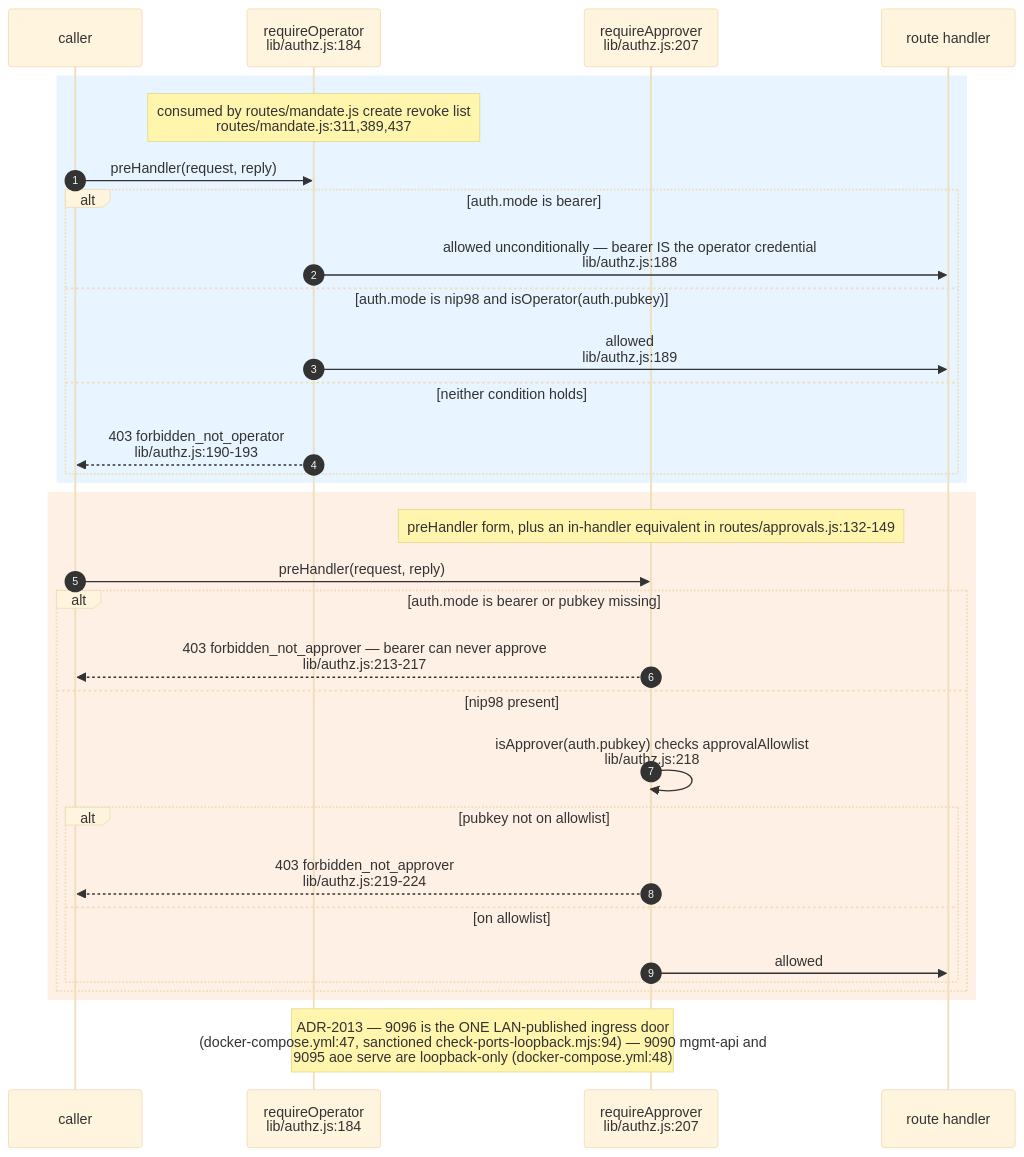
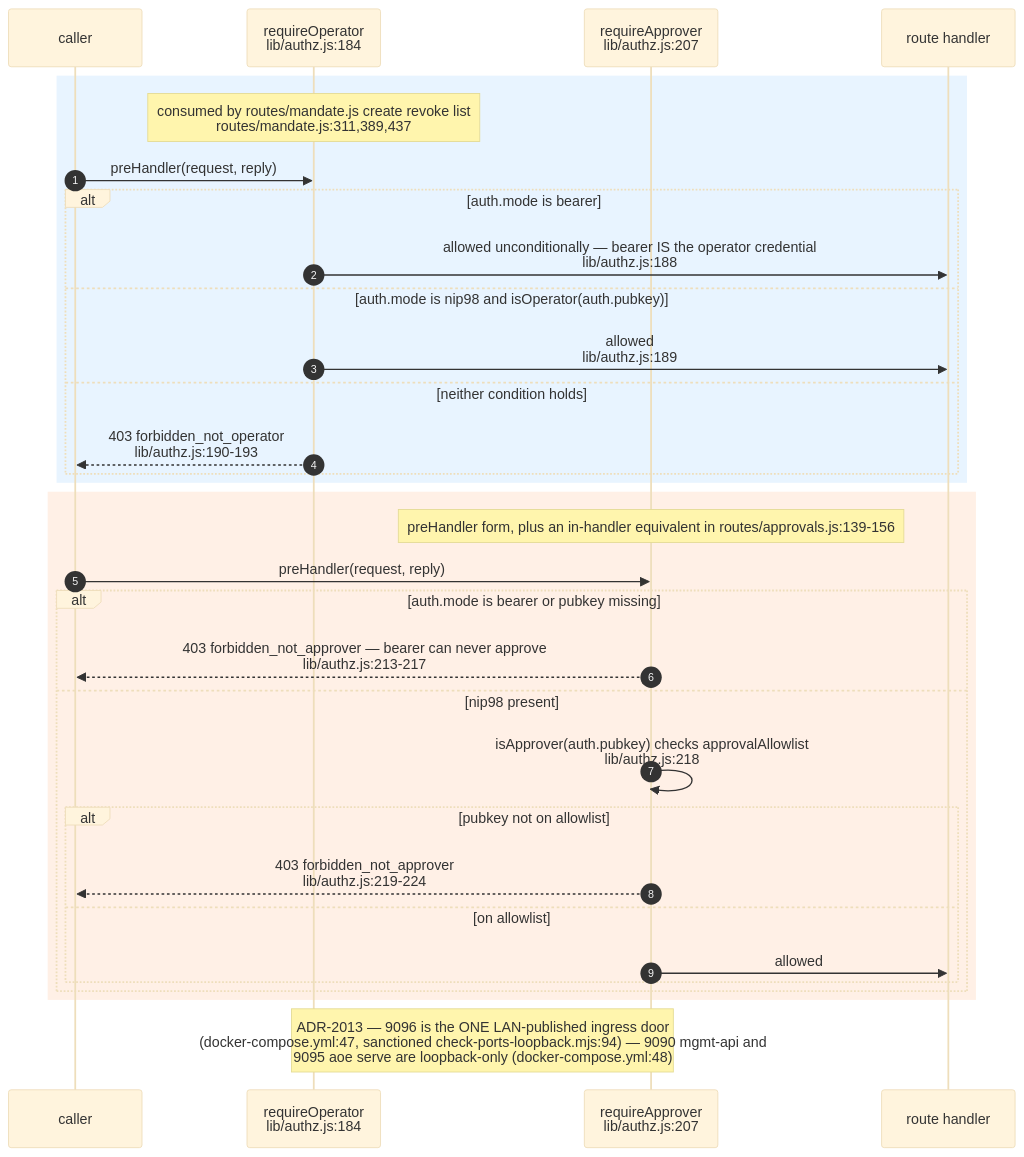
The fifth of 17 diagrams in docs/diagrams/agentbox/03-management-api-request-lifecycle.md (DreamLab-AI/VisionFlow), drawn with Mermaid (base theme) before and after one commit. The commit also changed other lines of this file and 160 other files, not shown here.

````diff
--- a/docs/diagrams/agentbox/03-management-api-request-lifecycle.md
+++ b/docs/diagrams/agentbox/03-management-api-request-lifecycle.md
@@ -235,36 +235,36 @@
 ```mermaid
 sequenceDiagram
     autonumber
     participant C as caller
     participant RO as requireOperator<br/>lib/authz.js:184
     participant RA as requireApprover<br/>lib/authz.js:207
     participant H as route handler
 
     rect rgb(232,244,255)
     Note over RO: consumed by routes/mandate.js create revoke list<br/>routes/mandate.js:311,389,437
     C->>RO: preHandler(request, reply)
     alt auth.mode is bearer
         RO->>H: allowed unconditionally — bearer IS the operator credential<br/>lib/authz.js:188
     else auth.mode is nip98 and isOperator(auth.pubkey)
         RO->>H: allowed<br/>lib/authz.js:189
     else neither condition holds
         RO-->>C: 403 forbidden_not_operator<br/>lib/authz.js:190-193
     end
     end
 
     rect rgb(255,240,230)
-    Note over RA: preHandler form, plus an in-handler equivalent in routes/approvals.js:132-149
+    Note over RA: preHandler form, plus an in-handler equivalent in routes/approvals.js:139-156
     C->>RA: preHandler(request, reply)
     alt auth.mode is bearer or pubkey missing
         RA-->>C: 403 forbidden_not_approver — bearer can never approve<br/>lib/authz.js:213-217
     else nip98 present
         RA->>RA: isApprover(auth.pubkey) checks approvalAllowlist<br/>lib/authz.js:218
         alt pubkey not on allowlist
             RA-->>C: 403 forbidden_not_approver<br/>lib/authz.js:219-224
         else on allowlist
             RA->>H: allowed
         end
     end
     end
     Note over RO,RA: ADR-2013 — 9096 is the ONE LAN-published ingress door<br/>(docker-compose.yml:47, sanctioned check-ports-loopback.mjs:94) — 9090 mgmt-api and<br/>9095 aoe serve are loopback-only (docker-compose.yml:48)
 ```
````
